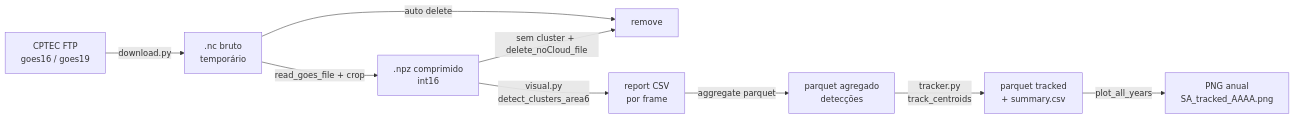
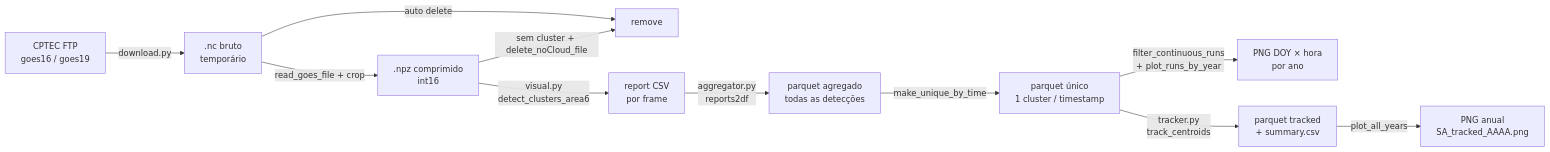
The diagram in README.md (hisahon/goes-data-pipeline), drawn with Mermaid before and after one commit. The commit also changed other lines of this file and 5 other files, not shown here.

````diff
--- a/README.md
+++ b/README.md
@@ -62,11 +68,13 @@
 ```mermaid
 flowchart LR
     A[CPTEC FTP<br/>goes16 / goes19] -->|download.py| B[.nc bruto<br/>temporário]
     B -->|read_goes_file + crop| C[.npz comprimido<br/>int16]
     B -->|auto delete| X[remove]
     C -->|visual.py<br/>detect_clusters_area6| D[report CSV<br/>por frame]
     C -->|sem cluster + delete_noCloud_file| X
-    D -->|aggregate parquet| F[parquet agregado<br/>detecções]
-    F -->|tracker.py<br/>track_centroids| G[parquet tracked<br/>+ summary.csv]
+    D -->|aggregator.py<br/>reports2df| F[parquet agregado<br/>todas as detecções]
+    F -->|make_unique_by_time| U[parquet único<br/>1 cluster / timestamp]
+    U -->|filter_continuous_runs<br/>+ plot_runs_by_year| R[PNG DOY × hora<br/>por ano]
+    U -->|tracker.py<br/>track_centroids| G[parquet tracked<br/>+ summary.csv]
     G -->|plot_all_years| H[PNG anual<br/>SA_tracked_AAAA.png]
 ```
````
